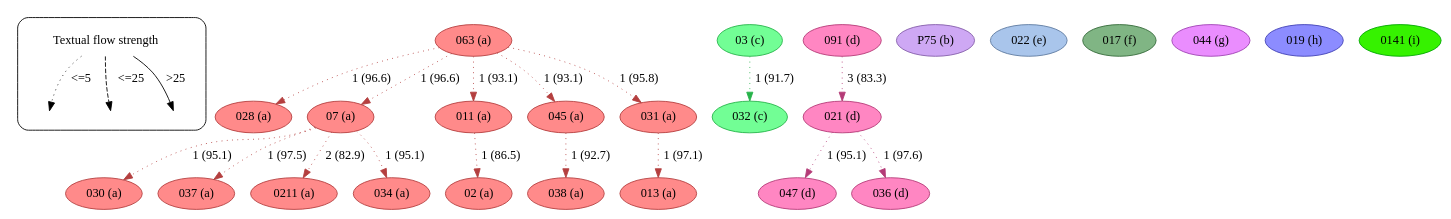
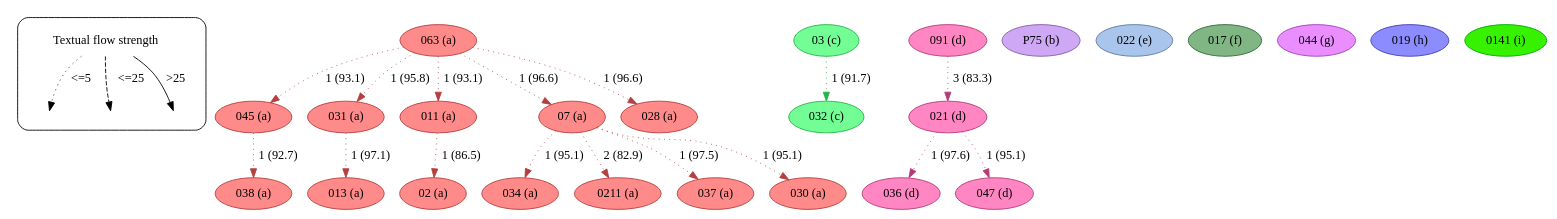
The diagram in example/c499/textual_flow_23_4-10_c499.dot (edmondac/CBGM), drawn with Graphviz before and after one commit. The commit also changed other lines of this file and 168 other files, not shown here.

```diff
--- a/example/c499/textual_flow_23_4-10_c499.dot
+++ b/example/c499/textual_flow_23_4-10_c499.dot
@@ -1,174 +1,174 @@
 strict digraph  {
 	node [label="\N"];
 	subgraph cluster_legend {
 		graph [style=rounded];
 		leg_s		 [label="Textual flow strength",
 			shape=plaintext];
 		leg_e1		 [fixedsize=True,
 			height=0.2,
 			label="",
 			style=invis];
 		leg_s -> leg_e1		 [label="<=5  ",
 			style=dotted];
 		leg_e2		 [fixedsize=True,
 			height=0.2,
 			label="",
 			style=invis];
 		leg_s -> leg_e2		 [label="  <=25",
 			style=dashed];
 		leg_e3		 [fixedsize=True,
 			height=0.2,
 			label="",
 			style=invis];
 		leg_s -> leg_e3		 [label=">25",
 			style=solid];
 	}
 	063	 [color="#b43f3f",
 		fillcolor="#FF8A8A",
 		label="063 (a)",
 		style=filled];
-	028	 [color="#b43f3f",
-		fillcolor="#FF8A8A",
-		label="028 (a)",
-		style=filled];
-	063 -> 028	 [color="#b43f3f",
-		label="1 (96.6)",
-		style=dotted];
-	07	 [color="#b43f3f",
-		fillcolor="#FF8A8A",
-		label="07 (a)",
-		style=filled];
-	063 -> 07	 [color="#b43f3f",
-		label="1 (96.6)",
-		style=dotted];
-	011	 [color="#b43f3f",
-		fillcolor="#FF8A8A",
-		label="011 (a)",
-		style=filled];
-	063 -> 011	 [color="#b43f3f",
-		label="1 (93.1)",
-		style=dotted];
 	045	 [color="#b43f3f",
 		fillcolor="#FF8A8A",
 		label="045 (a)",
 		style=filled];
 	063 -> 045	 [color="#b43f3f",
 		label="1 (93.1)",
 		style=dotted];
 	031	 [color="#b43f3f",
 		fillcolor="#FF8A8A",
 		label="031 (a)",
 		style=filled];
 	063 -> 031	 [color="#b43f3f",
 		label="1 (95.8)",
 		style=dotted];
-	030	 [color="#b43f3f",
+	011	 [color="#b43f3f",
 		fillcolor="#FF8A8A",
-		label="030 (a)",
+		label="011 (a)",
 		style=filled];
-	07 -> 030	 [color="#b43f3f",
-		label="1 (95.1)",
+	063 -> 011	 [color="#b43f3f",
+		label="1 (93.1)",
 		style=dotted];
-	037	 [color="#b43f3f",
+	07	 [color="#b43f3f",
 		fillcolor="#FF8A8A",
-		label="037 (a)",
+		label="07 (a)",
 		style=filled];
-	07 -> 037	 [color="#b43f3f",
-		label="1 (97.5)",
+	063 -> 07	 [color="#b43f3f",
+		label="1 (96.6)",
 		style=dotted];
-	0211	 [color="#b43f3f",
+	028	 [color="#b43f3f",
 		fillcolor="#FF8A8A",
-		label="0211 (a)",
+		label="028 (a)",
 		style=filled];
-	07 -> 0211	 [color="#b43f3f",
-		label="2 (82.9)",
-		style=dotted];
-	034	 [color="#b43f3f",
-		fillcolor="#FF8A8A",
-		label="034 (a)",
-		style=filled];
-	07 -> 034	 [color="#b43f3f",
-		label="1 (95.1)",
-		style=dotted];
-	02	 [color="#b43f3f",
-		fillcolor="#FF8A8A",
-		label="02 (a)",
-		style=filled];
-	011 -> 02	 [color="#b43f3f",
-		label="1 (86.5)",
+	063 -> 028	 [color="#b43f3f",
+		label="1 (96.6)",
 		style=dotted];
 	038	 [color="#b43f3f",
 		fillcolor="#FF8A8A",
 		label="038 (a)",
 		style=filled];
 	045 -> 038	 [color="#b43f3f",
 		label="1 (92.7)",
 		style=dotted];
 	013	 [color="#b43f3f",
 		fillcolor="#FF8A8A",
 		label="013 (a)",
 		style=filled];
 	031 -> 013	 [color="#b43f3f",
 		label="1 (97.1)",
 		style=dotted];
+	02	 [color="#b43f3f",
+		fillcolor="#FF8A8A",
+		label="02 (a)",
+		style=filled];
+	011 -> 02	 [color="#b43f3f",
+		label="1 (86.5)",
+		style=dotted];
+	034	 [color="#b43f3f",
+		fillcolor="#FF8A8A",
+		label="034 (a)",
+		style=filled];
+	07 -> 034	 [color="#b43f3f",
+		label="1 (95.1)",
+		style=dotted];
+	0211	 [color="#b43f3f",
+		fillcolor="#FF8A8A",
+		label="0211 (a)",
+		style=filled];
+	07 -> 0211	 [color="#b43f3f",
+		label="2 (82.9)",
+		style=dotted];
+	037	 [color="#b43f3f",
+		fillcolor="#FF8A8A",
+		label="037 (a)",
+		style=filled];
+	07 -> 037	 [color="#b43f3f",
+		label="1 (97.5)",
+		style=dotted];
+	030	 [color="#b43f3f",
+		fillcolor="#FF8A8A",
+		label="030 (a)",
+		style=filled];
+	07 -> 030	 [color="#b43f3f",
+		label="1 (95.1)",
+		style=dotted];
 	03	 [color="#27b34a",
 		fillcolor="#72FE95",
 		label="03 (c)",
 		style=filled];
 	032	 [color="#27b34a",
 		fillcolor="#72FE95",
 		label="032 (c)",
 		style=filled];
 	03 -> 032	 [color="#27b34a",
 		label="1 (91.7)",
 		style=dotted];
+	091	 [color="#b43b77",
+		fillcolor="#FF86C2",
+		label="091 (d)",
+		style=filled];
 	021	 [color="#b43b77",
 		fillcolor="#FF86C2",
 		label="021 (d)",
 		style=filled];
-	047	 [color="#b43b77",
-		fillcolor="#FF86C2",
-		label="047 (d)",
-		style=filled];
-	021 -> 047	 [color="#b43b77",
-		label="1 (95.1)",
+	091 -> 021	 [color="#b43b77",
+		label="3 (83.3)",
 		style=dotted];
 	036	 [color="#b43b77",
 		fillcolor="#FF86C2",
 		label="036 (d)",
 		style=filled];
 	021 -> 036	 [color="#b43b77",
 		label="1 (97.6)",
 		style=dotted];
-	091	 [color="#b43b77",
+	047	 [color="#b43b77",
 		fillcolor="#FF86C2",
-		label="091 (d)",
+		label="047 (d)",
 		style=filled];
-	091 -> 021	 [color="#b43b77",
-		label="3 (83.3)",
+	021 -> 047	 [color="#b43b77",
+		label="1 (95.1)",
 		style=dotted];
 	P75	 [color="#835da9",
 		fillcolor="#CEA8F4",
 		label="P75 (b)",
 		style=filled];
 	022	 [color="#5e7aa0",
 		fillcolor="#A9C5EB",
 		label="022 (e)",
 		style=filled];
 	017	 [color="#356a39",
 		fillcolor="#80B584",
 		label="017 (f)",
 		style=filled];
 	044	 [color="#9f42b3",
 		fillcolor="#EA8DFE",
 		label="044 (g)",
 		style=filled];
 	019	 [color="#4141b4",
 		fillcolor="#8C8CFF",
 		label="019 (h)",
 		style=filled];
 	0141	 [color="#00a700",
 		fillcolor="#36F200",
 		label="0141 (i)",
 		style=filled];
 }
```
